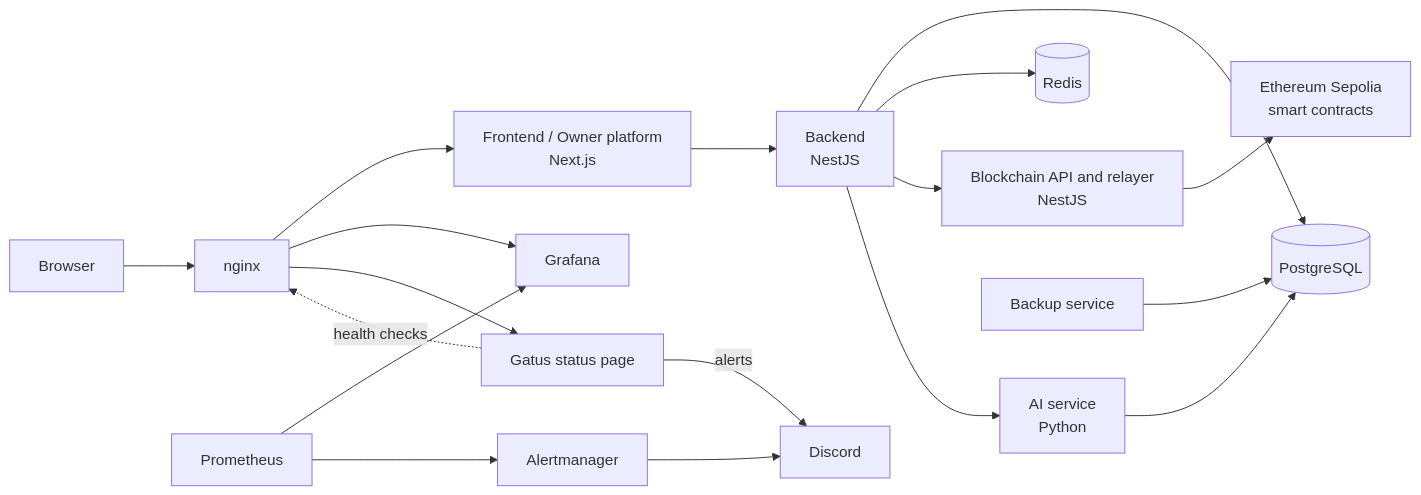
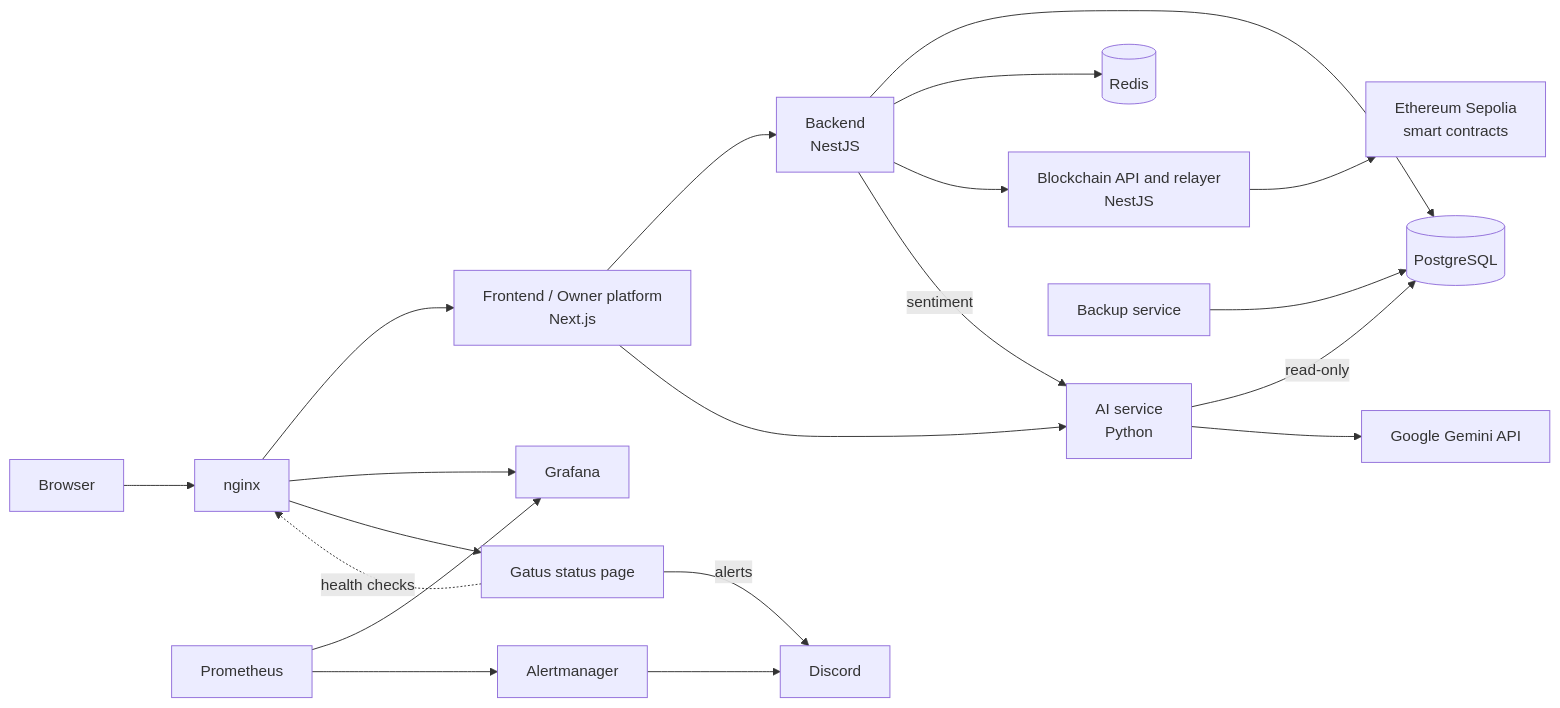
The diagram in README.md (mohameddahani/ft_transcendence), drawn with Mermaid before and after one commit. The commit also changed other lines of this file, not shown here.

Commit message:
AI part of the README (RAG module, stack, architecture, contributions)

````diff
--- a/README.md
+++ b/README.md
@@ -184,19 +184,21 @@
 ```mermaid
 flowchart LR
 	Browser --> nginx
 	nginx --> frontend[Frontend / Owner platform<br/>Next.js]
 	frontend --> backend[Backend<br/>NestJS]
 	backend --> postgres[(PostgreSQL)]
 	backend --> redis[(Redis)]
 	backend --> blockchain[Blockchain API and relayer<br/>NestJS]
 	blockchain --> sepolia[Ethereum Sepolia<br/>smart contracts]
-	backend --> ai[AI service<br/>Python]
-	ai --> postgres
+	frontend --> ai[AI service<br/>Python]
+	backend -->|sentiment| ai
+	ai -->|read-only| postgres
+	ai --> gemini[Google Gemini API]
 	nginx --> grafana[Grafana]
 	nginx --> gatus[Gatus status page]
 	prometheus[Prometheus] --> grafana
 	prometheus --> alertmanager[Alertmanager] --> discord[Discord]
 	gatus -->|alerts| discord
 	gatus -.->|health checks| nginx
 	backup[Backup service] --> postgres
 ```
````
